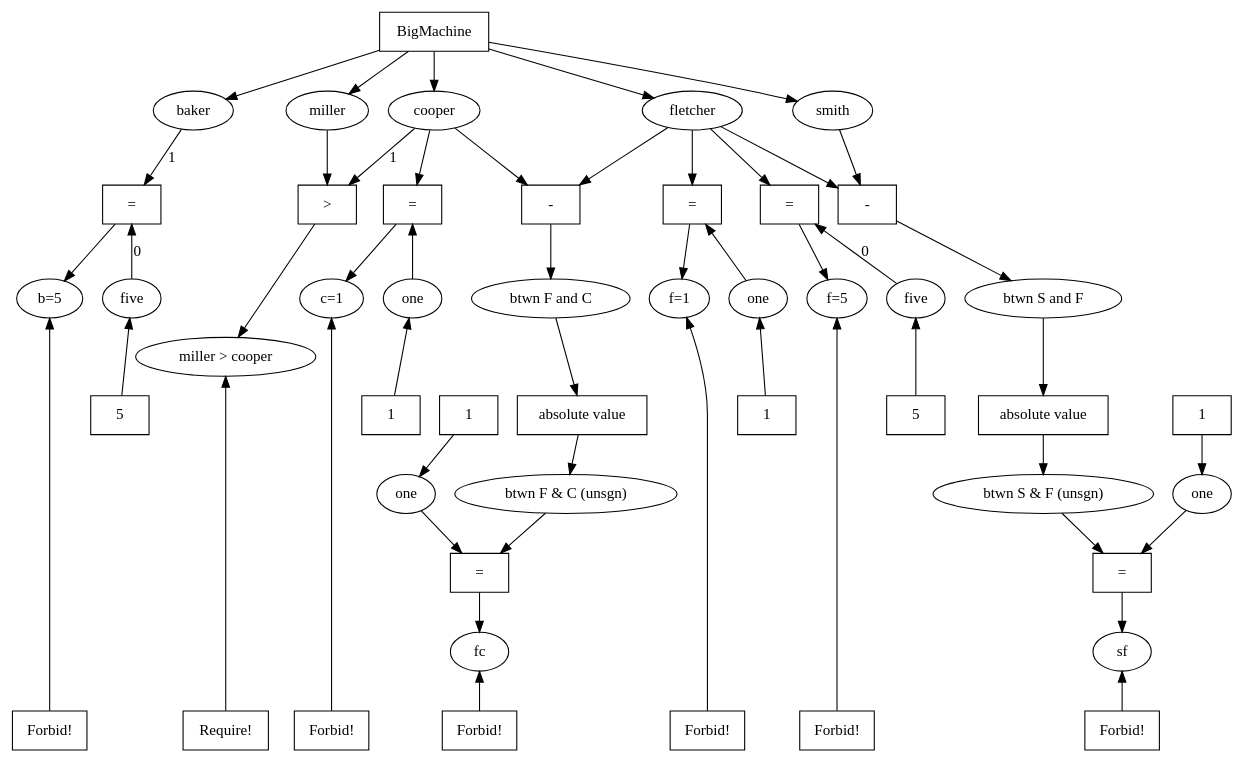
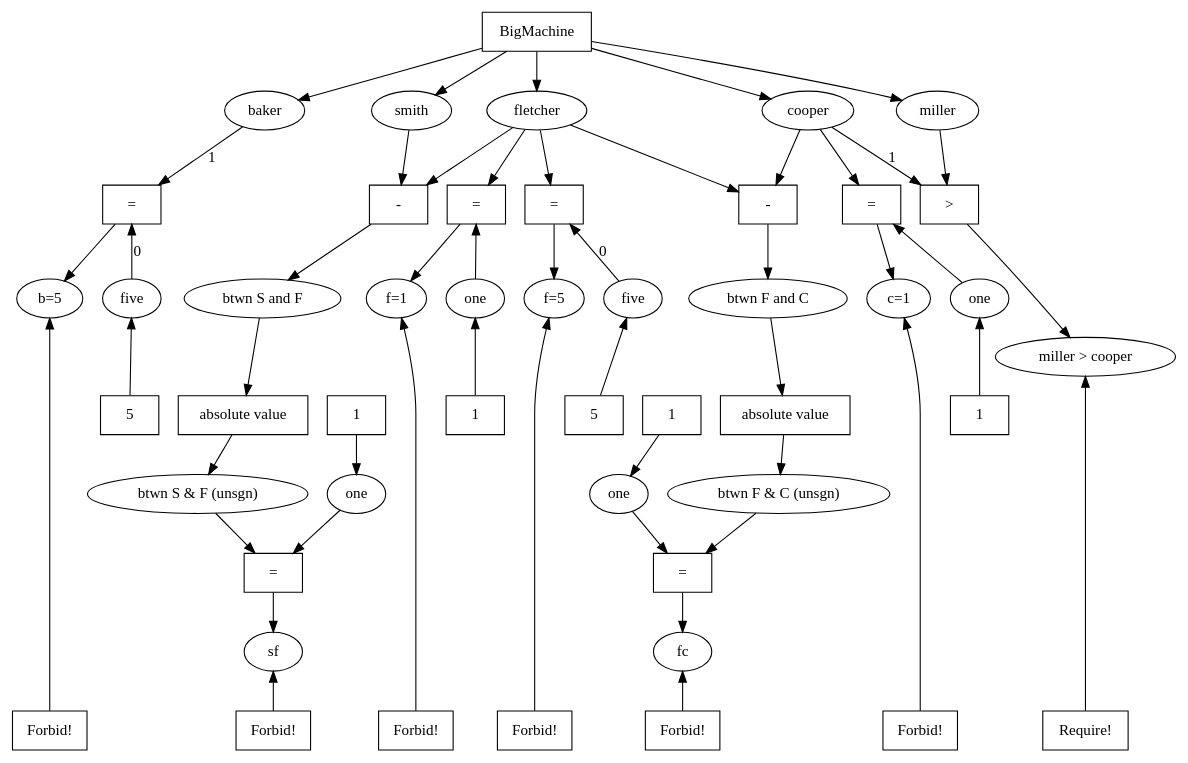
One commit to ProjectMAC/propagators changed the diagram in explorations/graphics/mdonemachine.dot. Above: the diagram before and after it, drawn with Graphviz.

Commit message:
Another order. Also pretty good.

```diff
--- a/explorations/graphics/mdonemachine.dot
+++ b/explorations/graphics/mdonemachine.dot
@@ -1,118 +1,119 @@
 digraph G {
   ratio=fill;
   "(variable) 11" [label="baker", shape="ellipse", rank="people" ];
+  "(variable) 21" [label="smith", shape="ellipse", rank="people" ];
   "(variable) 19" [label="miller", shape="ellipse", rank="people" ];
   "(variable) 15" [label="fletcher", shape="ellipse", rank="people" ];
   "(variable) 17" [label="cooper", shape="ellipse", rank="people" ];
-  "(variable) 21" [label="smith", shape="ellipse", rank="people" ];
+
 
   "(propagator) 12" [label="=", shape="box" ];
    { rank=same; "(propagator) 12"; "(propagator) 34"; "(propagator) 37"; "(propagator) 14"; "(propagator) 18";  };
    { rank=same; "(variable) 130"; "(variable) 131"; "(variable) 238"; "(variable) 241" }; 
    { rank=same; "(propagator) 240"; "(propagator) 241"; "(propagator) 401"; "(propagator) 402"; "(propagator) 403"; };
 
   "(propagator) 240" [label="5", shape="box" ];
   "(variable) 130" -> "(propagator) 240" [label="", dir=back, ];
   "(variable) 130" [label="five", shape="ellipse" ];
   "(propagator) 241" [label="5", shape="box" ];
   "(variable) 131" -> "(propagator) 241" [label="", dir=back, ];
   "(variable) 131" [label="five", shape="ellipse" ];
 
   "(variable) 130" -> "(propagator) 12" [label=0 ];
   "(variable) 131" -> "(propagator) 14" [label=0 ];
 
   "(propagator) 14" [label="=", shape="box" ];
   "(variable) 15" -> "(propagator) 14" [label="" ];
   "(propagator) 16" [label="-", shape="box" ];
   "(variable) 15" -> "(propagator) 16" [label="" ];
   "(variable) 17" -> "(propagator) 16" [label="" ];
   "(propagator) 18" [label=">", shape="box" ];
   "(variable) 19" -> "(propagator) 18" [label="" ];
    { rank=same; "(variable) 11"; "(variable) 15"; "(variable) 17"; "(variable) 19"; "(variable) 21" }; 
   "(propagator) 22" [label="-", shape="box" ];
   "(variable) 21" -> "(propagator) 22" [label="" ];
   "(variable) 15" -> "(propagator) 22" [label="" ];
   "(propagator) 22" -> "(variable) 23" [label="" ];
   "(variable) 23" [label="btwn S and F", shape="ellipse" ];
   "(propagator) 24" [label="absolute value", shape="box" ];
   "(variable) 23" -> "(propagator) 24" [label="" ];
   "(propagator) 24" -> "(variable) 25" [label="" ];
   "(variable) 25" [label="btwn S & F (unsgn)", shape="ellipse" ];
   "(propagator) 26" [label="=", shape="box" ];
   "(variable) 207" -> "(propagator) 26" [label="" ];
    { rank=same; "(variable) 209"; "(variable) 210"; "(variable) 35"; "(variable) 38" }; 
 
   "(propagator) 400" [label="1", shape="box" ];
   "(propagator) 400" -> "(variable) 207" [label="" ];
   "(variable) 207" [label="one", shape="ellipse" ];
   "(propagator) 401" [label="1", shape="box" ];
   "(propagator) 401" -> "(variable) 208" [label="" ];
   "(variable) 208" [label="one", shape="ellipse" ];
   "(propagator) 402" [label="1", shape="box" ];
    "(variable) 209" -> "(propagator) 402" [label="", dir=back, ];
   "(variable) 209" [label="one", shape="ellipse" ];
   "(propagator) 403" [label="1", shape="box" ];
   "(variable) 210" -> "(propagator) 403"  [label="", dir=back ];
   "(variable) 210" [label="one", shape="ellipse" ];
 
   "(propagator) 28" [label="=", shape="box" ];
   "(variable) 208" -> "(propagator) 28" [label="" ];
   "(variable) 29" -> "(propagator) 28" [label="" ];
   "(variable) 29" [label="btwn F & C (unsgn)", shape="ellipse" ];
   "(propagator) 30" [label="absolute value", shape="box" ];
   "(variable) 31" -> "(propagator) 30" [label="" ];
   "(variable) 31" [label="btwn F and C", shape="ellipse" ];
   "(propagator) 30" -> "(variable) 29" [label="" ];
   "(propagator) 28" -> "(variable) 32" [label="" ];
   "(variable) 32" [label="fc", shape="ellipse" ];
    { rank=max; "(propagator) 33"; "(propagator) 36"; "(propagator) 39"; "(propagator) 42"; "(propagator) 146"; "(propagator) 239"; "(propagator) 242" };
   "(propagator) 33" [label="Forbid!", shape="box", rank="forbid" ];
   "(propagator) 33" -> "(variable) 32" [label="" ];
   "(variable) 15" -> "(propagator) 34" [label="" ];
 
 subgraph cluster_0 {
                 label = "f_one";	
   "(propagator) 34" [label="=", shape="box" ];
   "(variable) 209" -> "(propagator) 34" [label="" ];
   "(propagator) 34" -> "(variable) 35" [label="" ];
   "(variable) 35" [label="f=1", shape="ellipse" ];
   "(propagator) 36" [label="Forbid!", shape="box", rank="forbid" ];
   "(propagator) 36" -> "(variable) 35" [label="" ];
   "(propagator) 37" [label="=", shape="box" ];
 	}
   "(variable) 210" -> "(propagator) 37" [label="" ];
   "(variable) 17" -> "(propagator) 37" [label="" ];
   "(propagator) 37" -> "(variable) 38" [label="" ];
   "(variable) 38" [label="c=1", shape="ellipse" ];
   "(propagator) 39" [label="Forbid!", shape="box", rank="forbid" ];
   "(propagator) 39" -> "(variable) 38" [label="" ];
   "(variable) 25" -> "(propagator) 26" [label="" ];
   "(propagator) 26" -> "(variable) 41" [label="" ];
   "(variable) 41" [label="sf", shape="ellipse" ];
   "(propagator) 42" [label="Forbid!", shape="box", rank="forbid" ];
   "(propagator) 42" -> "(variable) 41" [label="" ];
 
   "(propagator) 57" [label="BigMachine", shape="box" ];
   "(propagator) 57" -> "(variable) 21" [label="" ];
   "(propagator) 57" -> "(variable) 19" [label="" ];
   "(propagator) 57" -> "(variable) 17" [label="" ];
   "(propagator) 57" -> "(variable) 15" [label="" ];
   "(propagator) 57" -> "(variable) 11" [label="" ];
 
 
   "(variable) 17" -> "(propagator) 18" [label=1 ];
   "(propagator) 18" -> "(variable) 145" [label="" ];
   "(variable) 145" [label="miller > cooper", shape="ellipse" ];
   "(propagator) 146" [label="Require!", shape="box" ];
   "(propagator) 146" -> "(variable) 145" [label="" ];
   "(propagator) 16" -> "(variable) 31" [label="" ];
   "(propagator) 14" -> "(variable) 238" [label="" ];
   "(variable) 238" [label="f=5", shape="ellipse" ];
   "(propagator) 239" [label="Forbid!", shape="box", rank="forbid" ];
   "(propagator) 239" -> "(variable) 238" [label="" ];
   "(variable) 11" -> "(propagator) 12" [label=1 ];
   "(propagator) 12" -> "(variable) 241" [label="" ];
   "(variable) 241" [label="b=5", shape="ellipse" ];
   "(propagator) 242" [label="Forbid!", shape="box", rank="forbid" ];
   "(propagator) 242" -> "(variable) 241" [label="" ];
 }
```
